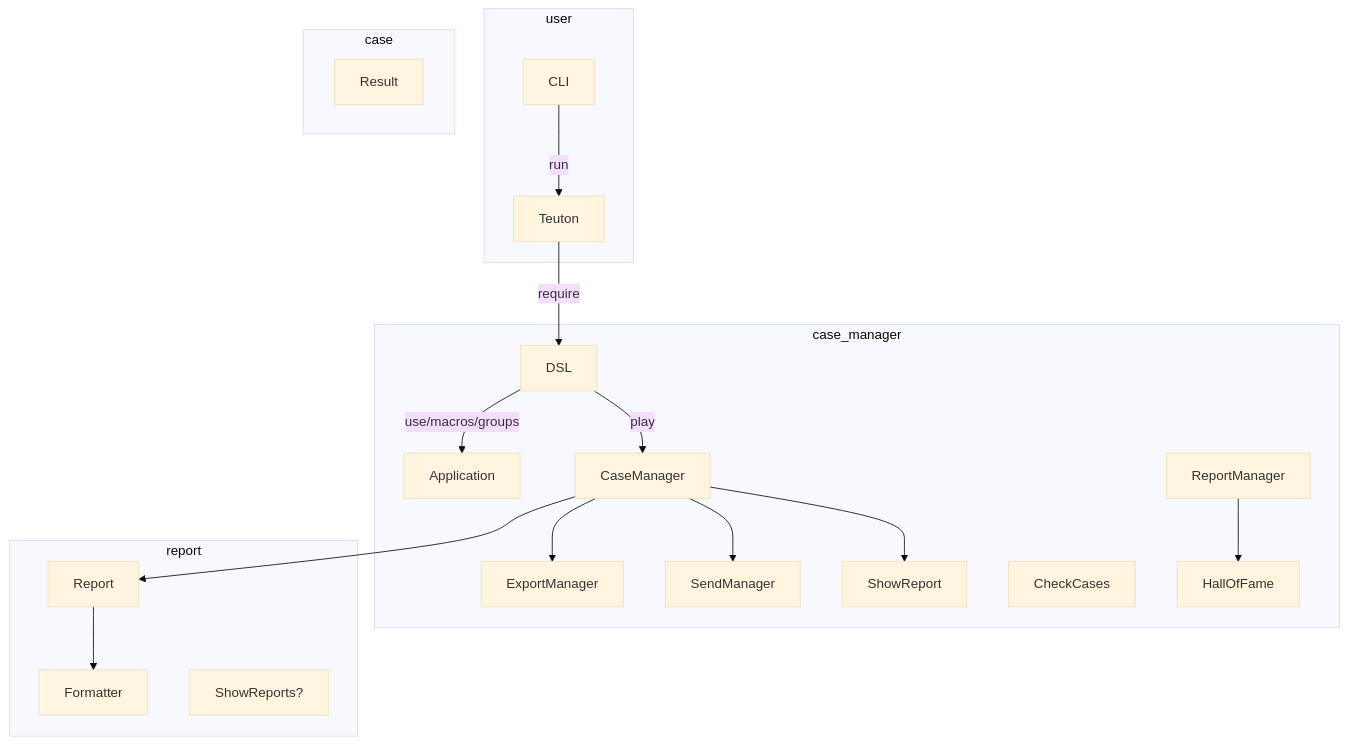
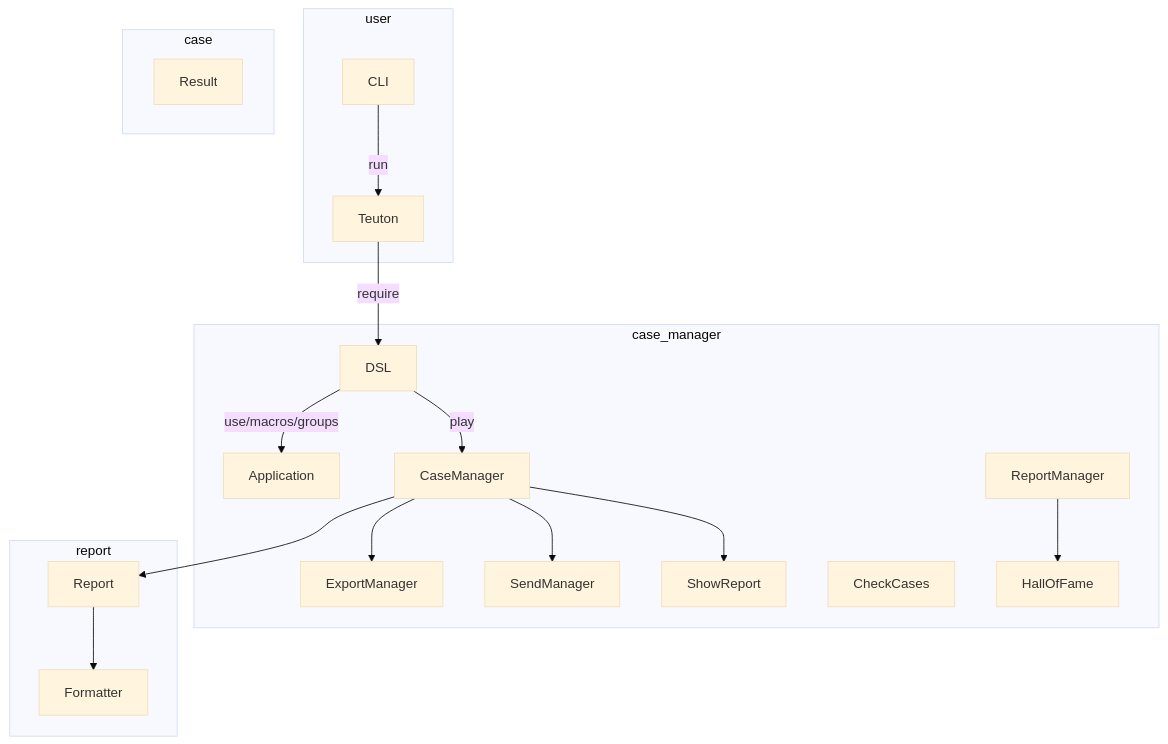
The second of 2 diagrams in docs/diagram.md (teuton-software/teuton), drawn with Mermaid (base theme) before and after one commit.

````diff
--- a/docs/diagram.md
+++ b/docs/diagram.md
@@ -43,29 +43,27 @@
 ```mermaid
 flowchart TB
 
 subgraph user
   CLI -- run --> Teuton
 end
 
 subgraph case_manager
   Teuton -- require --> DSL
   DSL -- use/macros/groups --> Application
   DSL -- play --> CaseManager
   CaseManager --> ExportManager
   CaseManager --> SendManager
   CaseManager --> ShowReport
   CheckCases
   ReportManager --> HallOfFame
 end
 
 subgraph case
   Result
 end
 
 subgraph report
   CaseManager --> Report
   Report --> Formatter
-
-  ShowReports?
 end
 ```
````
